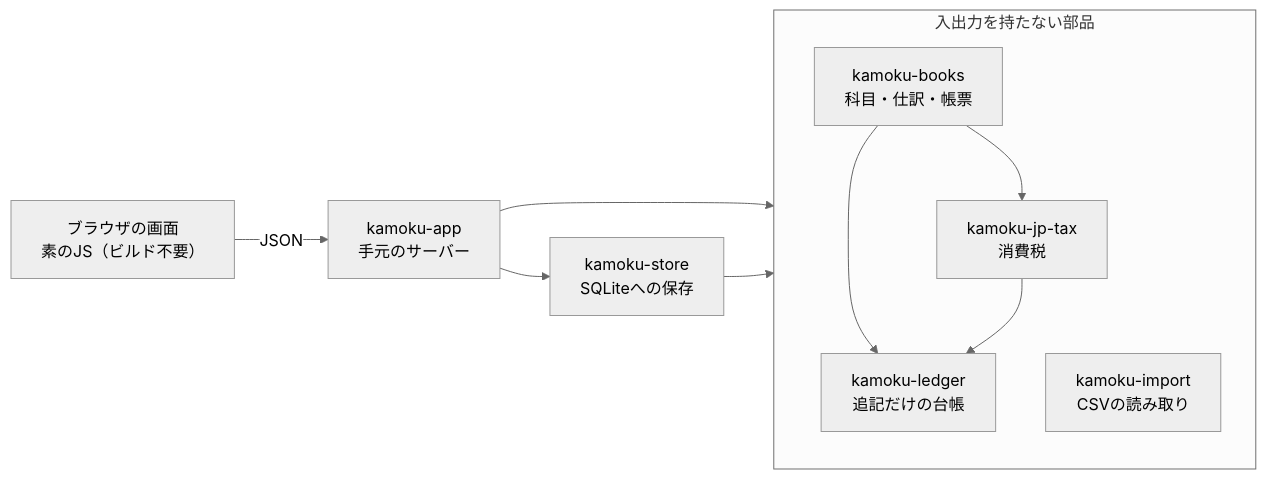
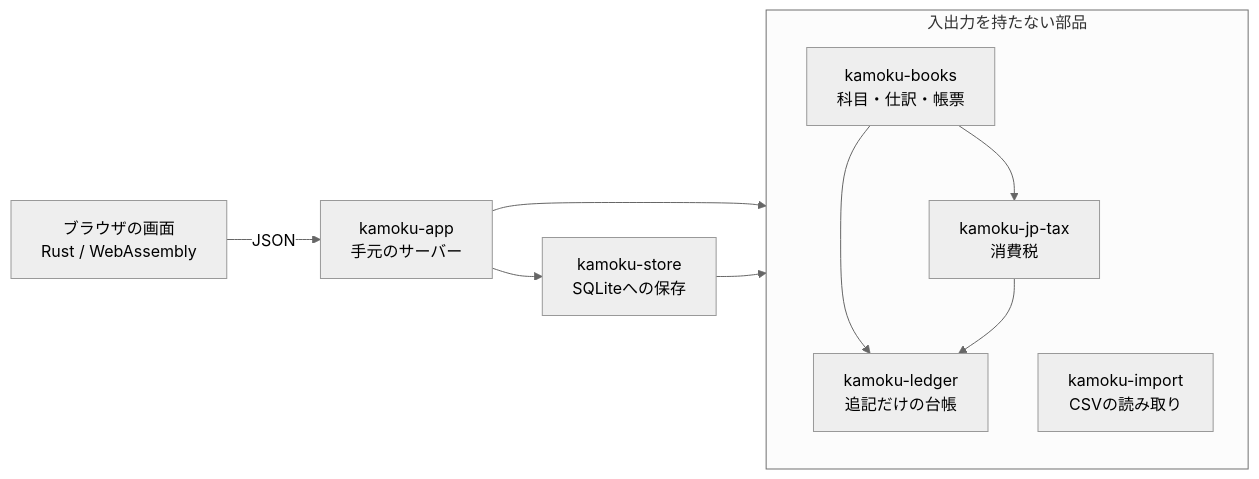
One commit to haranishi/kamoku changed the diagram in README.md. Above: the diagram before and after it, drawn with Mermaid (neutral theme). The commit also changed other lines of this file and 235 other files, not shown here.

````diff
--- a/README.md
+++ b/README.md
@@ -56,16 +57,16 @@
 ```mermaid
 flowchart LR
-  B["ブラウザの画面<br/>素のJS（ビルド不要）"] -->|JSON| A["kamoku-app<br/>手元のサーバー"]
+  B["ブラウザの画面<br/>Rust / WebAssembly"] -->|JSON| A["kamoku-app<br/>手元のサーバー"]
   A --> S["kamoku-store<br/>SQLiteへの保存"]
   subgraph pure["入出力を持たない部品"]
     K["kamoku-books<br/>科目・仕訳・帳票"]
     I["kamoku-import<br/>CSVの読み取り"]
     L["kamoku-ledger<br/>追記だけの台帳"]
     T["kamoku-jp-tax<br/>消費税"]
   end
   A --> pure
   S --> pure
   K --> T
   K --> L
   T --> L
 ```
````
